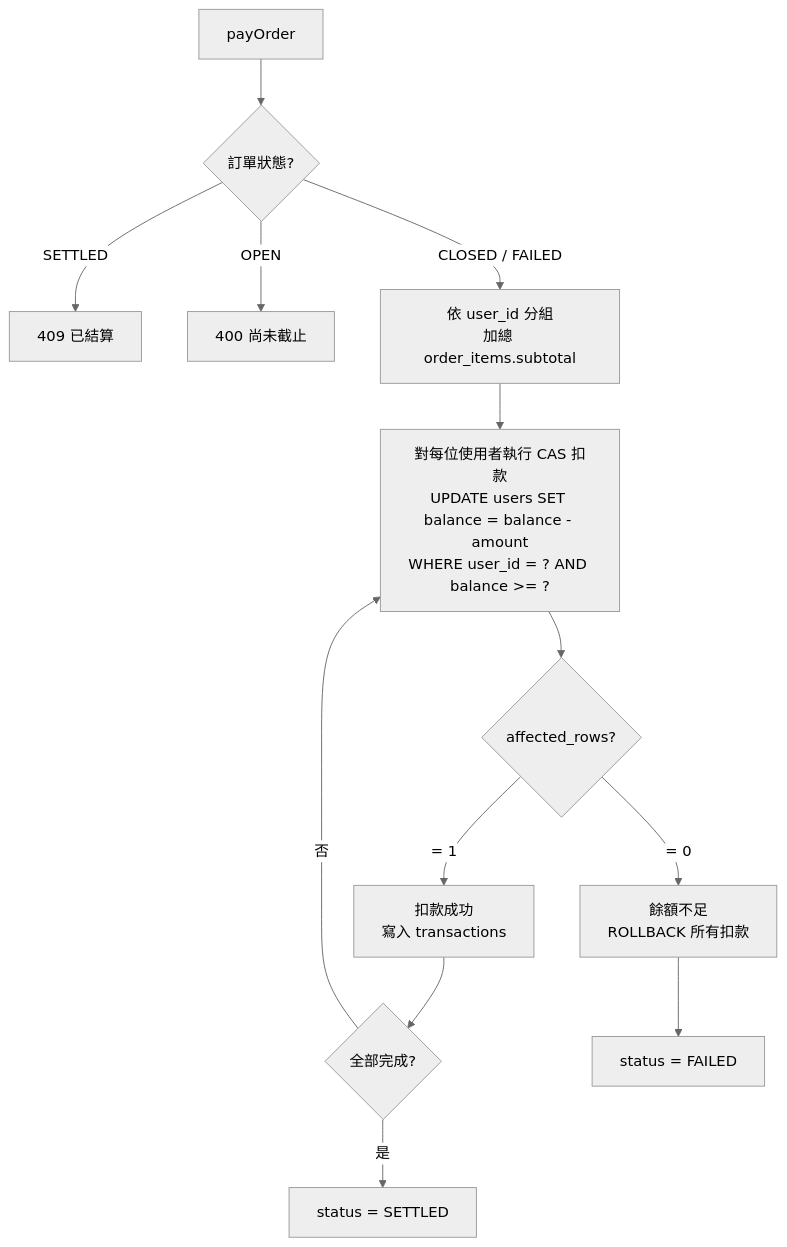
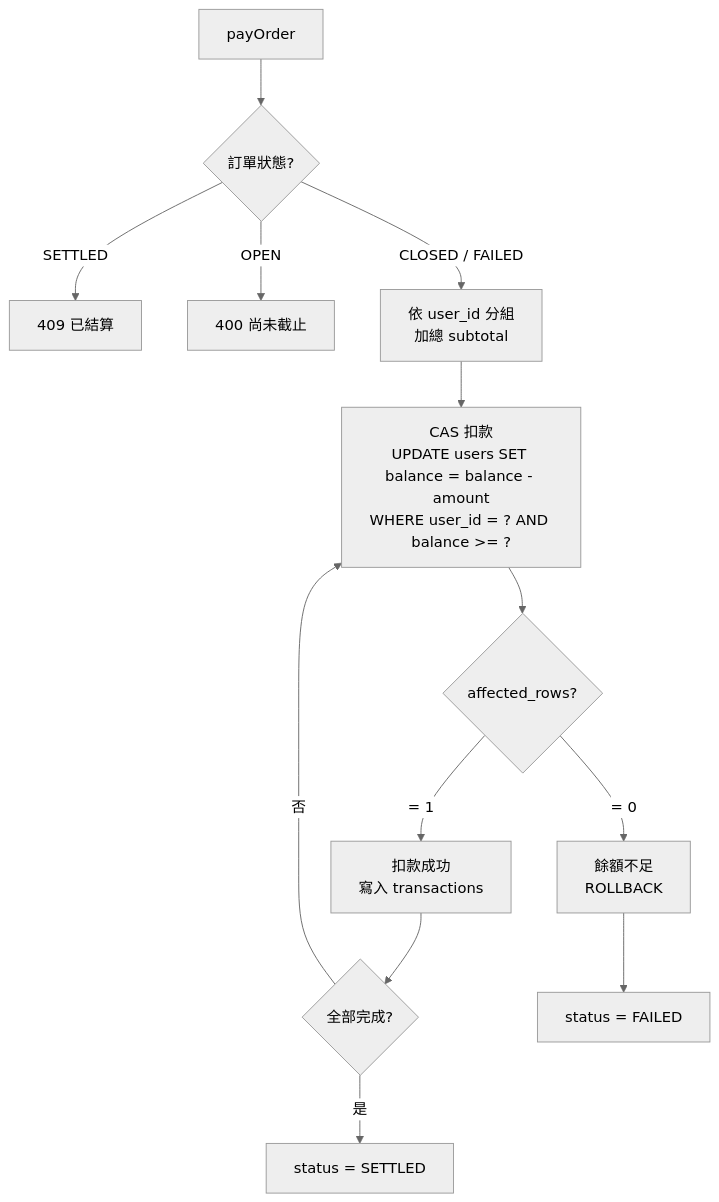
Before and after one commit to AlleyCC/order_sys: the fourth of 6 diagrams in README.md, drawn with Mermaid (neutral theme). The commit also changed other lines of this file, not shown here.

````diff
--- a/README.md
+++ b/README.md
@@ -213,19 +199,19 @@
 ```mermaid
 flowchart TD
     A[payOrder] --> B{訂單狀態?}
     B -->|SETTLED| X1[409 已結算]
     B -->|OPEN| X2[400 尚未截止]
-    B -->|CLOSED / FAILED| C[依 user_id 分組<br/>加總 order_items.subtotal]
+    B -->|CLOSED / FAILED| C[依 user_id 分組<br/>加總 subtotal]
 
-    C --> D[對每位使用者執行 CAS 扣款<br/>UPDATE users SET balance = balance - amount<br/>WHERE user_id = ? AND balance >= ?]
+    C --> D[CAS 扣款<br/>UPDATE users SET balance = balance - amount<br/>WHERE user_id = ? AND balance >= ?]
 
     D --> E{affected_rows?}
     E -->|= 1| F[扣款成功<br/>寫入 transactions]
-    E -->|= 0| G[餘額不足<br/>ROLLBACK 所有扣款]
+    E -->|= 0| G[餘額不足<br/>ROLLBACK]
 
     F --> H{全部完成?}
     H -->|是| I[status = SETTLED]
     H -->|否| D
 
     G --> J[status = FAILED]
 ```
````
